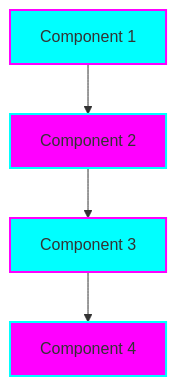
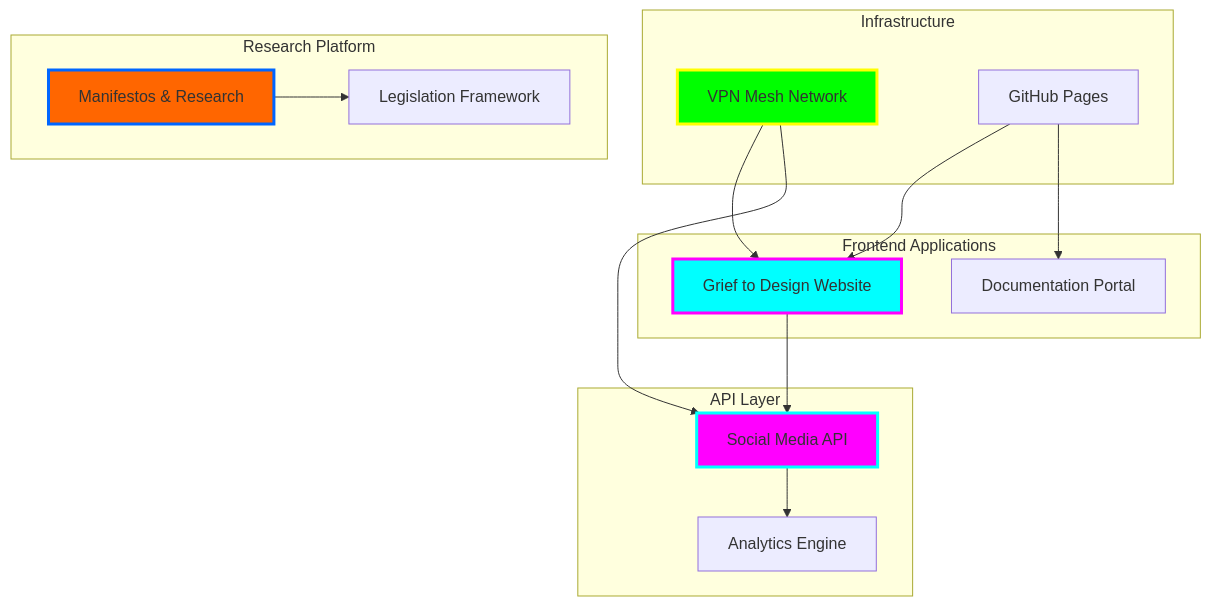
One commit to tiation/tiation changed the diagram in README.md. Above: the diagram before and after it, drawn with Mermaid. The commit also changed other lines of this file, not shown here.

First line of the commit message:
📚 Transform README into enterprise-grade documentation

````diff
--- a/README.md
+++ b/README.md
@@ -38,11 +45,35 @@
 ```mermaid
 graph TB
-    A[Component 1] --> B[Component 2]
-    B --> C[Component 3]
-    C --> D[Component 4]
+    subgraph "Frontend Applications"
+        A[Grief to Design Website]
+        B[Documentation Portal]
+    end
     
-    style A fill:#00ffff,stroke:#ff00ff,stroke-width:2px
-    style B fill:#ff00ff,stroke:#00ffff,stroke-width:2px
-    style C fill:#00ffff,stroke:#ff00ff,stroke-width:2px
-    style D fill:#ff00ff,stroke:#00ffff,stroke-width:2px
+    subgraph "API Layer"
+        C[Social Media API]
+        D[Analytics Engine]
+    end
+    
+    subgraph "Infrastructure"
+        E[VPN Mesh Network]
+        F[GitHub Pages]
+    end
+    
+    subgraph "Research Platform"
+        G[Manifestos & Research]
+        H[Legislation Framework]
+    end
+    
+    A --> C
+    C --> D
+    E --> A
+    E --> C
+    F --> A
+    F --> B
+    G --> H
+    
+    style A fill:#00ffff,stroke:#ff00ff,stroke-width:3px
+    style C fill:#ff00ff,stroke:#00ffff,stroke-width:3px
+    style E fill:#00ff00,stroke:#ffff00,stroke-width:3px
+    style G fill:#ff6600,stroke:#0066ff,stroke-width:3px
 ```
````
